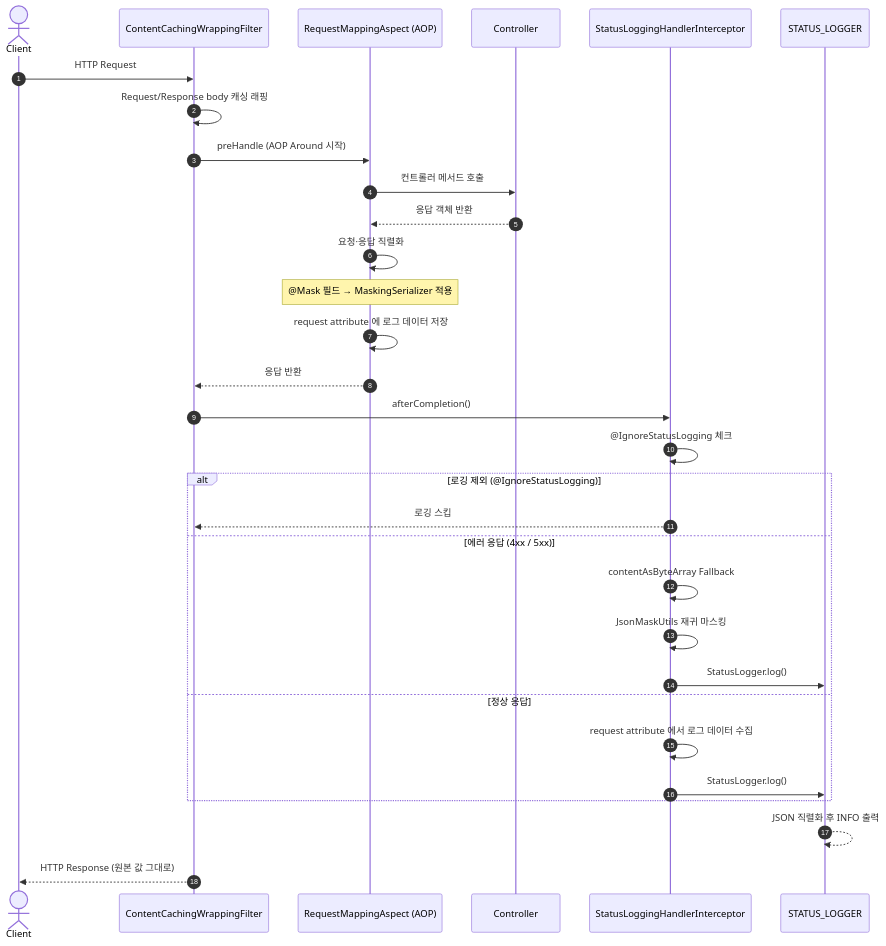
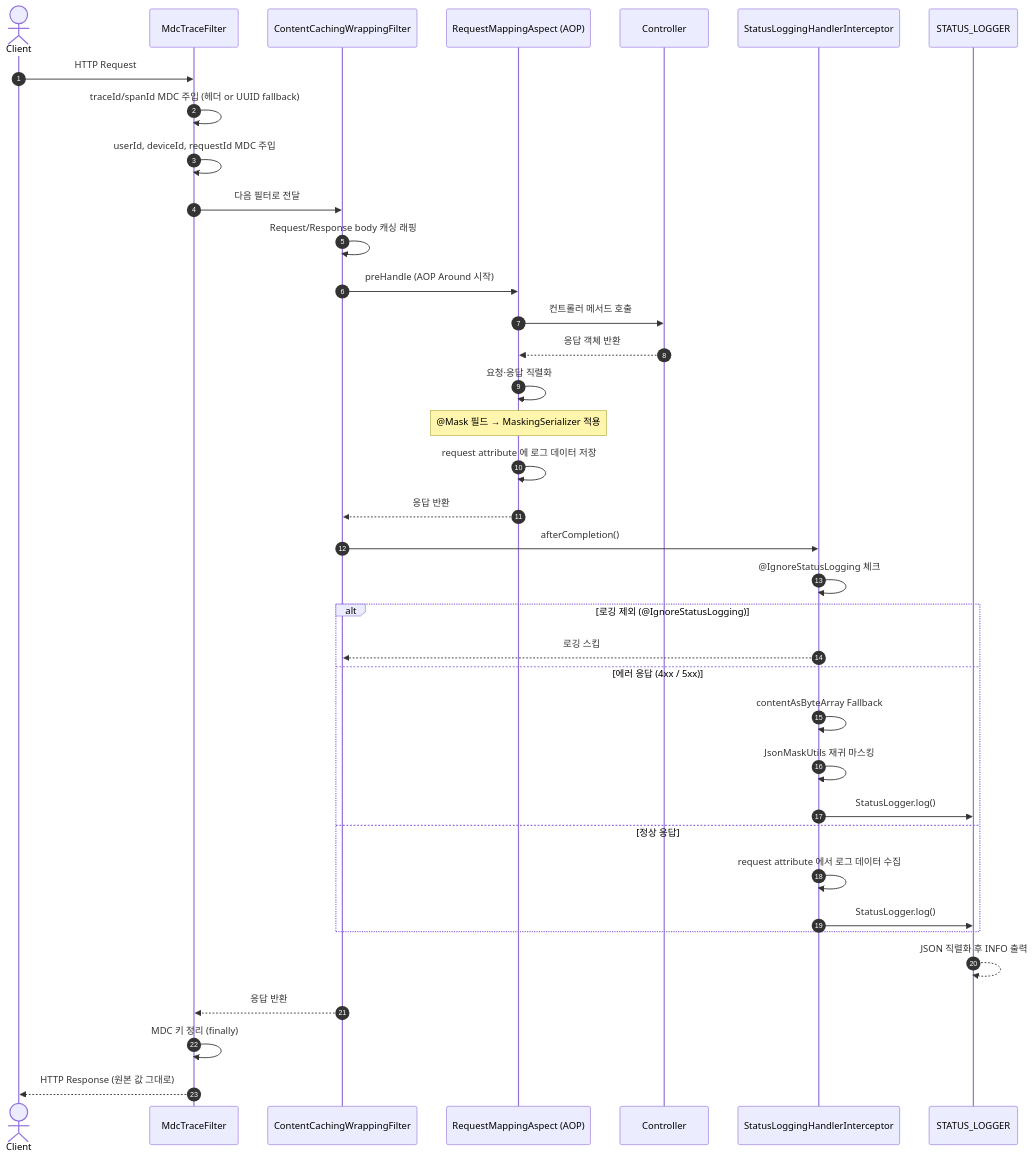
Before and after one commit to 1-sanghyeondong/common-logging: the first of 3 diagrams in README.md, drawn with Mermaid. The commit also changed other lines of this file, not shown here.

````diff
--- a/README.md
+++ b/README.md
@@ -167,38 +217,45 @@
 ```mermaid
 sequenceDiagram
     autonumber
     actor Client
-    participant Filter      as ContentCachingWrappingFilter
-    participant Aspect      as RequestMappingAspect (AOP)
-    participant Handler     as Controller
-    participant Interceptor as StatusLoggingHandlerInterceptor
-    participant Logger      as STATUS_LOGGER
+    participant MDCFilter    as MdcTraceFilter
+    participant Filter       as ContentCachingWrappingFilter
+    participant Aspect       as RequestMappingAspect (AOP)
+    participant Handler      as Controller
+    participant Interceptor  as StatusLoggingHandlerInterceptor
+    participant Logger       as STATUS_LOGGER
 
-    Client->>Filter: HTTP Request
+    Client->>MDCFilter: HTTP Request
+    MDCFilter->>MDCFilter: traceId/spanId MDC 주입 (헤더 or UUID fallback)
+    MDCFilter->>MDCFilter: userId, deviceId, requestId MDC 주입
+    MDCFilter->>Filter: 다음 필터로 전달
+
     Filter->>Filter: Request/Response body 캐싱 래핑
 
     Filter->>Aspect: preHandle (AOP Around 시작)
     Aspect->>Handler: 컨트롤러 메서드 호출
     Handler-->>Aspect: 응답 객체 반환
     Aspect->>Aspect: 요청·응답 직렬화
     Note over Aspect: @Mask 필드 → MaskingSerializer 적용
     Aspect->>Aspect: request attribute 에 로그 데이터 저장
     Aspect-->>Filter: 응답 반환
 
     Filter->>Interceptor: afterCompletion()
     Interceptor->>Interceptor: @IgnoreStatusLogging 체크
 
     alt 로깅 제외 (@IgnoreStatusLogging)
         Interceptor-->>Filter: 로깅 스킵
     else 에러 응답 (4xx / 5xx)
         Interceptor->>Interceptor: contentAsByteArray Fallback
         Interceptor->>Interceptor: JsonMaskUtils 재귀 마스킹
         Interceptor->>Logger: StatusLogger.log()
     else 정상 응답
         Interceptor->>Interceptor: request attribute 에서 로그 데이터 수집
         Interceptor->>Logger: StatusLogger.log()
     end
 
     Logger-->>Logger: JSON 직렬화 후 INFO 출력
-    Filter-->>Client: HTTP Response (원본 값 그대로)
+    Filter-->>MDCFilter: 응답 반환
+    MDCFilter->>MDCFilter: MDC 키 정리 (finally)
+    MDCFilter-->>Client: HTTP Response (원본 값 그대로)
 ```
````
